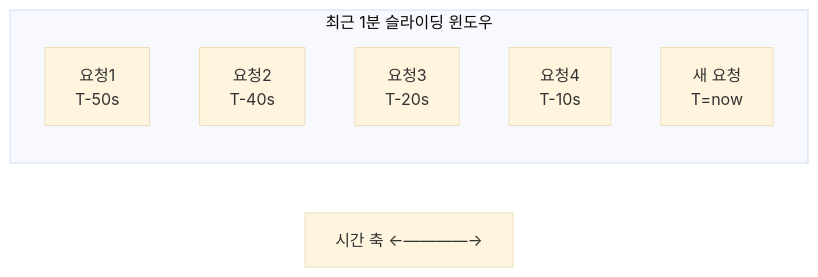
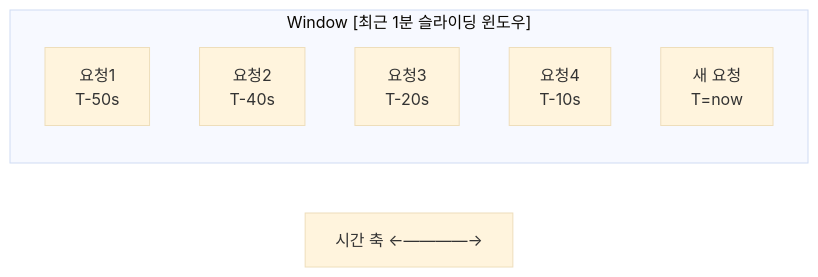
Before and after one commit to yjkim2015/yjkim2015.github.io: the fourth of 12 diagrams in _posts/systemdesign/2026-05-02-system-design-rate-limiter.md, drawn with Mermaid (base theme). The commit also changed other lines of this file and 87 other files, not shown here.

First line of the commit message:
Massive quality pass: rewrite 49 old posts, fix Mermaid, card layouts

````diff
--- a/_posts/systemdesign/2026-05-02-system-design-rate-limiter.md
+++ b/_posts/systemdesign/2026-05-02-system-design-rate-limiter.md
@@ -192,11 +192,11 @@
 ```mermaid
 graph LR
-    Timeline[시간 축 ←————→]
-    subgraph Window [최근 1분 슬라이딩 윈도우]
-        R1[요청1<br/>T-50s]
-        R2[요청2<br/>T-40s]
-        R3[요청3<br/>T-20s]
-        R4[요청4<br/>T-10s]
-        R5[새 요청<br/>T=now]
+    Timeline["시간 축 ←————→"]
+    subgraph "Window [최근 1분 슬라이딩 윈도우]"
+        R1["요청1<br>T-50s"]
+        R2["요청2<br>T-40s"]
+        R3["요청3<br>T-20s"]
+        R4["요청4<br>T-10s"]
+        R5["새 요청<br>T=now"]
     end
 ```
````
